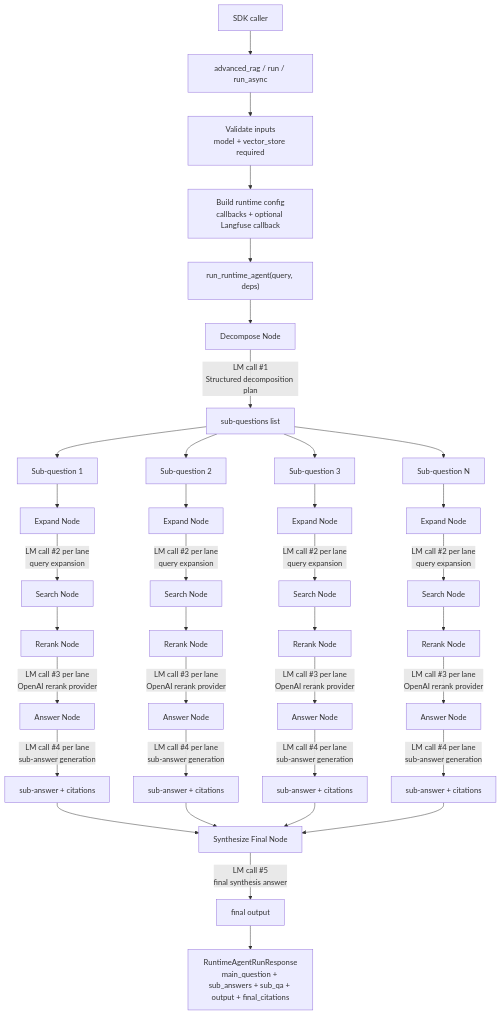
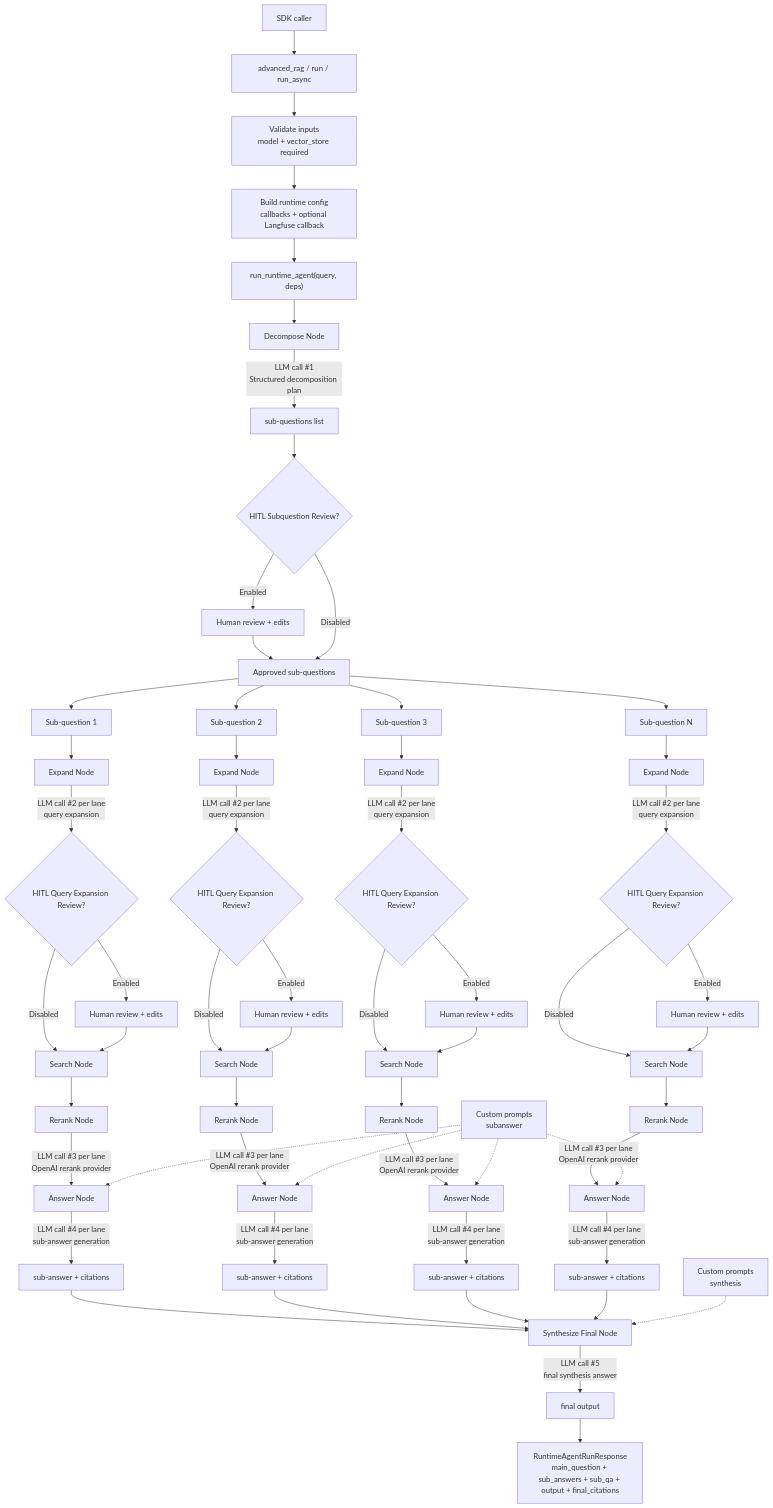
The diagram in README.md (Nickbohm555/agent-search), drawn with Mermaid before and after one commit. The commit also changed other lines of this file and 1 other file, not shown here.

````diff
--- a/README.md
+++ b/README.md
@@ -129,47 +196,73 @@
 ```mermaid
 flowchart TD
     A["SDK caller"] --> B["advanced_rag / run / run_async"]
     B --> C["Validate inputs<br/>model + vector_store required"]
     C --> D["Build runtime config<br/>callbacks + optional Langfuse callback"]
     D --> E["run_runtime_agent(query, deps)"]
     E --> F["Decompose Node"]
-    F -->|LM call #1<br/>Structured decomposition plan| G["sub-questions list"]
+    F -->|LLM call #1<br/>Structured decomposition plan| G["sub-questions list"]
 
-    G --> SQ1["Sub-question 1"]
-    G --> SQ2["Sub-question 2"]
-    G --> SQ3["Sub-question 3"]
-    G --> SQN["Sub-question N"]
+    G --> HITL1{"HITL Subquestion Review?"}
+    HITL1 -->|Enabled| H1["Human review + edits"]
+    H1 --> GOK["Approved sub-questions"]
+    HITL1 -->|Disabled| GOK
+
+    GOK --> SQ1["Sub-question 1"]
+    GOK --> SQ2["Sub-question 2"]
+    GOK --> SQ3["Sub-question 3"]
+    GOK --> SQN["Sub-question N"]
 
     SQ1 --> EX1["Expand Node"]
     SQ2 --> EX2["Expand Node"]
     SQ3 --> EX3["Expand Node"]
     SQN --> EXN["Expand Node"]
 
-    EX1 -->|LM call #2 per lane<br/>query expansion| SR1["Search Node"]
-    EX2 -->|LM call #2 per lane<br/>query expansion| SR2["Search Node"]
-    EX3 -->|LM call #2 per lane<br/>query expansion| SR3["Search Node"]
-    EXN -->|LM call #2 per lane<br/>query expansion| SRN["Search Node"]
+    EX1 -->|LLM call #2 per lane<br/>query expansion| HITL2{"HITL Query Expansion Review?"}
+    EX2 -->|LLM call #2 per lane<br/>query expansion| HITL3{"HITL Query Expansion Review?"}
+    EX3 -->|LLM call #2 per lane<br/>query expansion| HITL4{"HITL Query Expansion Review?"}
+    EXN -->|LLM call #2 per lane<br/>query expansion| HITL5{"HITL Query Expansion Review?"}
+
+    HITL2 -->|Enabled| H2["Human review + edits"]
+    HITL3 -->|Enabled| H3["Human review + edits"]
+    HITL4 -->|Enabled| H4["Human review + edits"]
+    HITL5 -->|Enabled| H5["Human review + edits"]
+
+    HITL2 -->|Disabled| SR1["Search Node"]
+    HITL3 -->|Disabled| SR2["Search Node"]
+    HITL4 -->|Disabled| SR3["Search Node"]
+    HITL5 -->|Disabled| SRN["Search Node"]
+
+    H2 --> SR1
+    H3 --> SR2
+    H4 --> SR3
+    H5 --> SRN
 
     SR1 --> RR1["Rerank Node"]
     SR2 --> RR2["Rerank Node"]
     SR3 --> RR3["Rerank Node"]
     SRN --> RRN["Rerank Node"]
 
-    RR1 -->|LM call #3 per lane<br/>OpenAI rerank provider| AN1["Answer Node"]
-    RR2 -->|LM call #3 per lane<br/>OpenAI rerank provider| AN2["Answer Node"]
-    RR3 -->|LM call #3 per lane<br/>OpenAI rerank provider| AN3["Answer Node"]
-    RRN -->|LM call #3 per lane<br/>OpenAI rerank provider| ANN["Answer Node"]
+    RR1 -->|LLM call #3 per lane<br/>OpenAI rerank provider| AN1["Answer Node"]
+    RR2 -->|LLM call #3 per lane<br/>OpenAI rerank provider| AN2["Answer Node"]
+    RR3 -->|LLM call #3 per lane<br/>OpenAI rerank provider| AN3["Answer Node"]
+    RRN -->|LLM call #3 per lane<br/>OpenAI rerank provider| ANN["Answer Node"]
 
-    AN1 -->|LM call #4 per lane<br/>sub-answer generation| SA1["sub-answer + citations"]
-    AN2 -->|LM call #4 per lane<br/>sub-answer generation| SA2["sub-answer + citations"]
-    AN3 -->|LM call #4 per lane<br/>sub-answer generation| SA3["sub-answer + citations"]
-    ANN -->|LM call #4 per lane<br/>sub-answer generation| SAN["sub-answer + citations"]
+    CP1["Custom prompts<br/>subanswer"] -.-> AN1
+    CP1 -.-> AN2
+    CP1 -.-> AN3
+    CP1 -.-> ANN
+
+    AN1 -->|LLM call #4 per lane<br/>sub-answer generation| SA1["sub-answer + citations"]
+    AN2 -->|LLM call #4 per lane<br/>sub-answer generation| SA2["sub-answer + citations"]
+    AN3 -->|LLM call #4 per lane<br/>sub-answer generation| SA3["sub-answer + citations"]
+    ANN -->|LLM call #4 per lane<br/>sub-answer generation| SAN["sub-answer + citations"]
 
     SA1 --> R["Synthesize Final Node"]
     SA2 --> R
     SA3 --> R
     SAN --> R
 
-    R -->|LM call #5<br/>final synthesis answer| S["final output"]
+    CP2["Custom prompts<br/>synthesis"] -.-> R
+    R -->|LLM call #5<br/>final synthesis answer| S["final output"]
     S --> T["RuntimeAgentRunResponse<br/>main_question + sub_answers + sub_qa + output + final_citations"]
 ```
````
